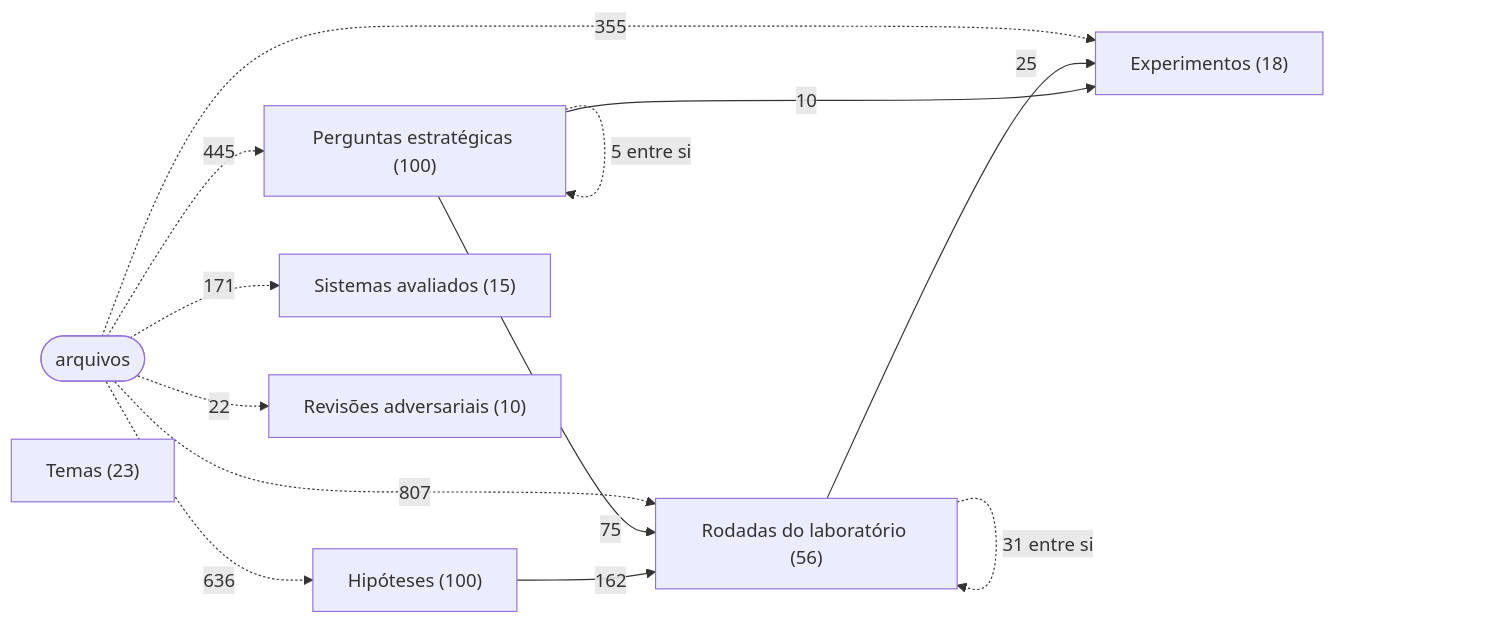
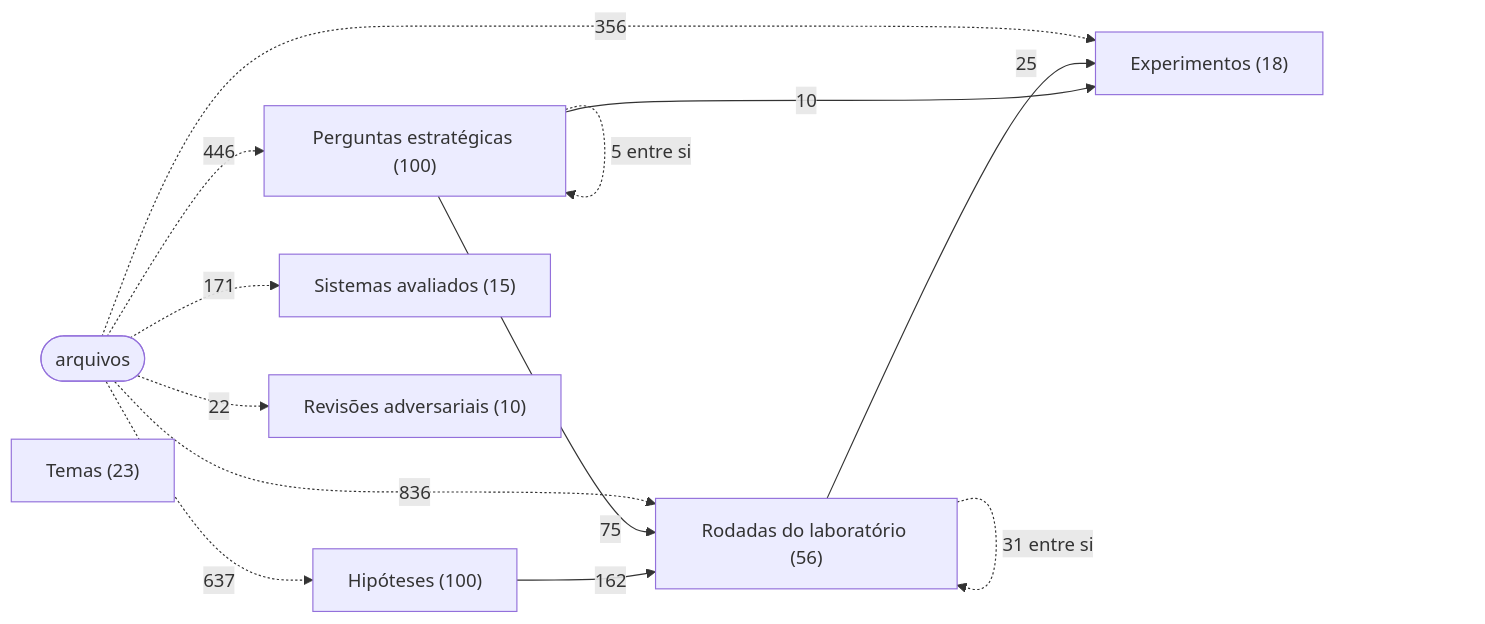
Before and after one commit to igormorais123/JEV: the first of 3 diagrams in MAPA.md, drawn with Mermaid. The commit also changed other lines of this file and 47 other files, not shown here.

````diff
--- a/MAPA.md
+++ b/MAPA.md
@@ -61,23 +62,23 @@
 ```mermaid
 flowchart LR
   ARQ(["arquivos"])
   E["Experimentos (18)"]
   R["Rodadas do laboratório (56)"]
   H["Hipóteses (100)"]
   Q["Perguntas estratégicas (100)"]
   S["Sistemas avaliados (15)"]
   V["Revisões adversariais (10)"]
   T["Temas (23)"]
   H -->|162| R
   Q -->|10| E
   Q -.->|5 entre si| Q
   Q -->|75| R
   R -->|25| E
   R -.->|31 entre si| R
-  ARQ -.->|355| E
-  ARQ -.->|636| H
-  ARQ -.->|445| Q
-  ARQ -.->|807| R
+  ARQ -.->|356| E
+  ARQ -.->|637| H
+  ARQ -.->|446| Q
+  ARQ -.->|836| R
   ARQ -.->|171| S
   ARQ -.->|22| V
 ```
````
